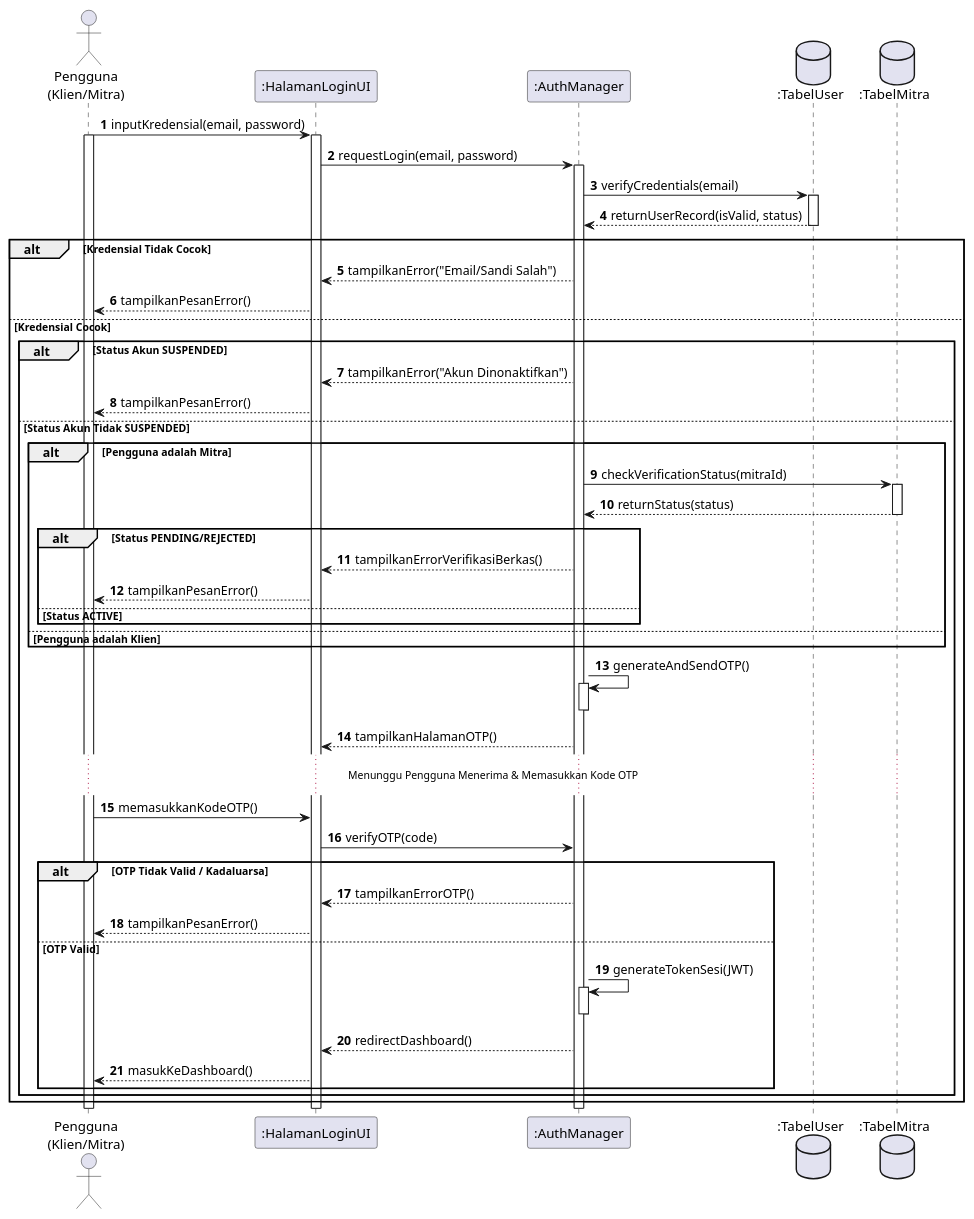
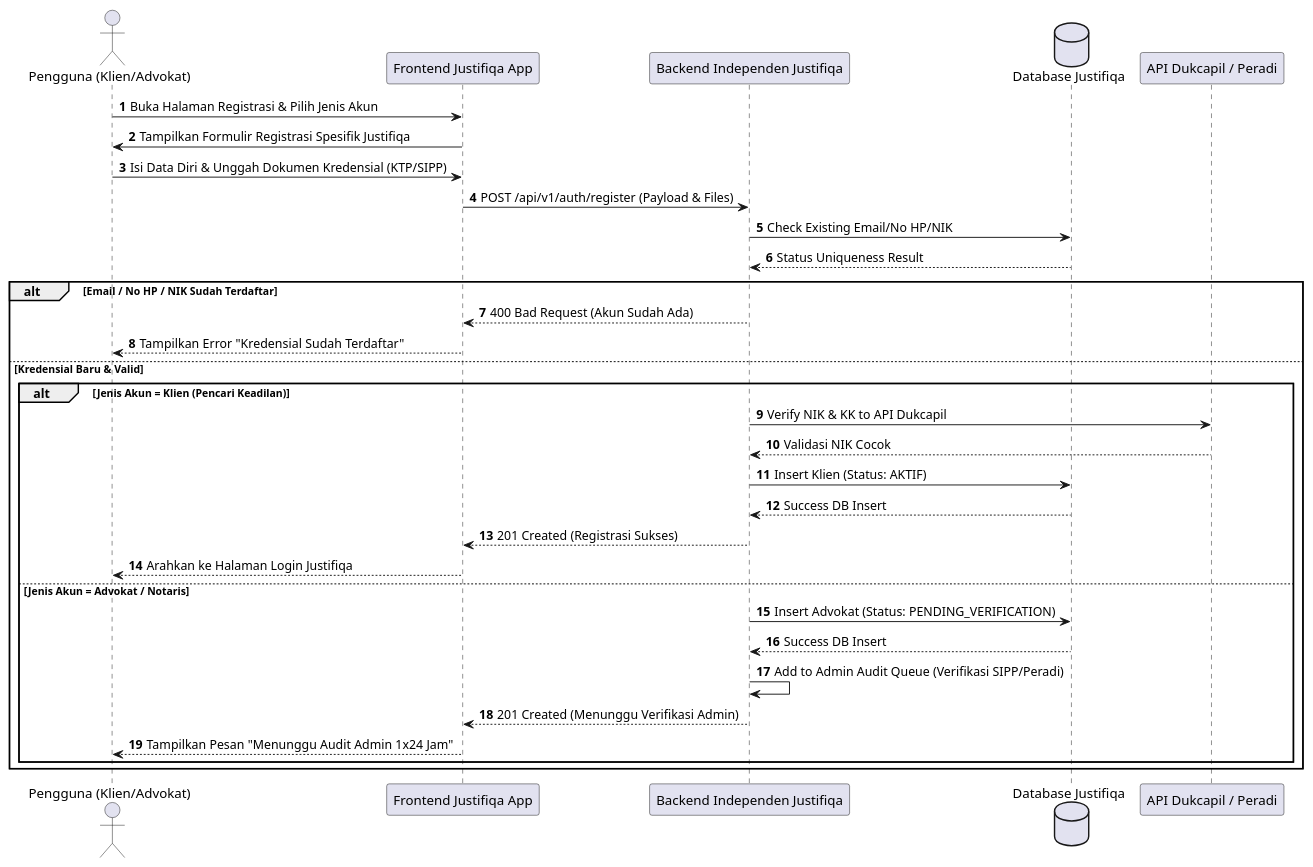
One commit to tupperwureism/SuperApp-Gagal changed the first of 20 diagrams in MarkDown/plantuml_sequence_diagrams.md. Above: the diagram before and after it, drawn with PlantUML. The commit also changed other lines of this file and 60 other files, not shown here.

````diff
--- a/MarkDown/plantuml_sequence_diagrams.md
+++ b/MarkDown/plantuml_sequence_diagrams.md
@@ -100,73 +20,38 @@
 ```plantuml
 @startuml
 autonumber
+actor "Pengguna (Klien/Advokat)" as User
+participant "Frontend Justifiqa App" as FE
+participant "Backend Independen Justifiqa" as BE
+database "Database Justifiqa" as DB
+participant "API Dukcapil / Peradi" as Ext
 
-actor "Pengguna\n(Klien/Mitra)" as Pengguna
-participant ":HalamanLoginUI" as UI
-participant ":AuthManager" as Auth
-database ":TabelUser" as DBUser
-database ":TabelMitra" as DBMitra
+User -> FE : Buka Halaman Registrasi & Pilih Jenis Akun
+FE -> User : Tampilkan Formulir Registrasi Spesifik Justifiqa
+User -> FE : Isi Data Diri & Unggah Dokumen Kredensial (KTP/SIPP)
+FE -> BE : POST /api/v1/auth/register (Payload & Files)
 
-Pengguna -> UI : inputKredensial(email, password)
-activate Pengguna
-activate UI
-UI -> Auth : requestLogin(email, password)
-activate Auth
+BE -> DB : Check Existing Email/No HP/NIK
+DB --> BE : Status Uniqueness Result
 
-Auth -> DBUser : verifyCredentials(email)
-activate DBUser
-DBUser --> Auth : returnUserRecord(isValid, status)
-deactivate DBUser
-
-alt Kredensial Tidak Cocok
-  Auth --> UI : tampilkanError("Email/Sandi Salah")
-  UI --> Pengguna : tampilkanPesanError()
-else Kredensial Cocok
-  alt Status Akun SUSPENDED
-    Auth --> UI : tampilkanError("Akun Dinonaktifkan")
-    UI --> Pengguna : tampilkanPesanError()
-  else Status Akun Tidak SUSPENDED
-    alt Pengguna adalah Mitra
-      Auth -> DBMitra : checkVerificationStatus(mitraId)
-      activate DBMitra
-      DBMitra --> Auth : returnStatus(status)
-      deactivate DBMitra
-      
-      alt Status PENDING/REJECTED
-        Auth --> UI : tampilkanErrorVerifikasiBerkas()
-        UI --> Pengguna : tampilkanPesanError()
-      else Status ACTIVE
-        ' Alur berlanjut ke pengiriman OTP di bawah
-      end
-    else Pengguna adalah Klien
-      ' Alur berlanjut ke pengiriman OTP di bawah
+alt Email / No HP / NIK Sudah Terdaftar
+    BE --> FE : 400 Bad Request (Akun Sudah Ada)
+    FE --> User : Tampilkan Error "Kredensial Sudah Terdaftar"
+else Kredensial Baru & Valid
+    alt Jenis Akun = Klien (Pencari Keadilan)
+        BE -> Ext : Verify NIK & KK to API Dukcapil
+        Ext --> BE : Validasi NIK Cocok
+        BE -> DB : Insert Klien (Status: AKTIF)
+        DB --> BE : Success DB Insert
+        BE --> FE : 201 Created (Registrasi Sukses)
+        FE --> User : Arahkan ke Halaman Login Justifiqa
+    else Jenis Akun = Advokat / Notaris
+        BE -> DB : Insert Advokat (Status: PENDING_VERIFICATION)
+        DB --> BE : Success DB Insert
+        BE -> BE : Add to Admin Audit Queue (Verifikasi SIPP/Peradi)
+        BE --> FE : 201 Created (Menunggu Verifikasi Admin)
+        FE --> User : Tampilkan Pesan "Menunggu Audit Admin 1x24 Jam"
     end
-    
-    Auth -> Auth : generateAndSendOTP()
-    activate Auth
-    deactivate Auth
-    Auth --> UI : tampilkanHalamanOTP()
-    
-    ... Menunggu Pengguna Menerima & Memasukkan Kode OTP ...
-    
-    Pengguna -> UI : memasukkanKodeOTP()
-    UI -> Auth : verifyOTP(code)
-    
-    alt OTP Tidak Valid / Kadaluarsa
-      Auth --> UI : tampilkanErrorOTP()
-      UI --> Pengguna : tampilkanPesanError()
-    else OTP Valid
-      Auth -> Auth : generateTokenSesi(JWT)
-      activate Auth
-      deactivate Auth
-      Auth --> UI : redirectDashboard()
-      UI --> Pengguna : masukKeDashboard()
-    end
-  end
 end
-
-deactivate Auth
-deactivate UI
-deactivate Pengguna
 @enduml
 ```
````
